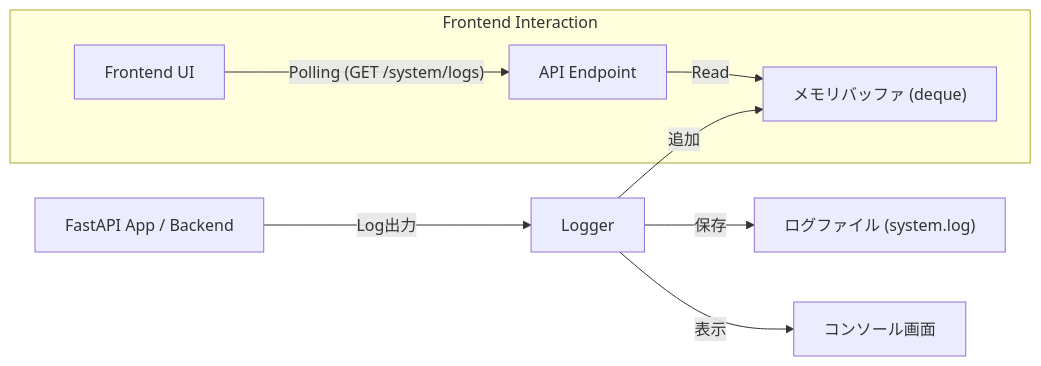
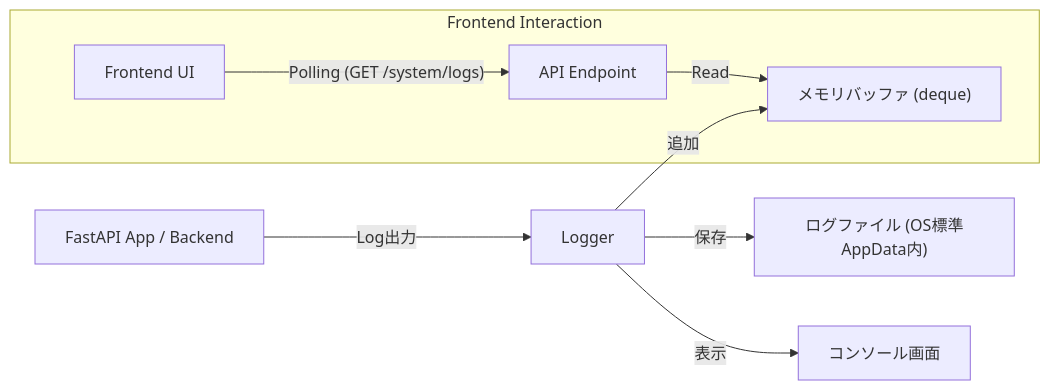
One commit to potatonecst/NanoPol changed the second of 2 diagrams in docs/02_backend_server.md. Above: the diagram before and after it, drawn with Mermaid. The commit also changed other lines of this file and 16 other files, not shown here.

````diff
--- a/docs/02_backend_server.md
+++ b/docs/02_backend_server.md
@@ -84,13 +96,13 @@
 ```mermaid
 graph LR
     App["FastAPI App / Backend"] --Log出力--> Logger
     
-    Logger --保存--> File["ログファイル (system.log)"]
+    Logger --保存--> File["ログファイル (OS標準AppData内)"]
     Logger --追加--> Mem["メモリバッファ (deque)"]
     Logger --表示--> Console["コンソール画面"]
     
     subgraph Frontend Interaction
         UI["Frontend UI"] --"Polling (GET /system/logs)"--> API["API Endpoint"]
         API --Read--> Mem
     end
 ```
````
